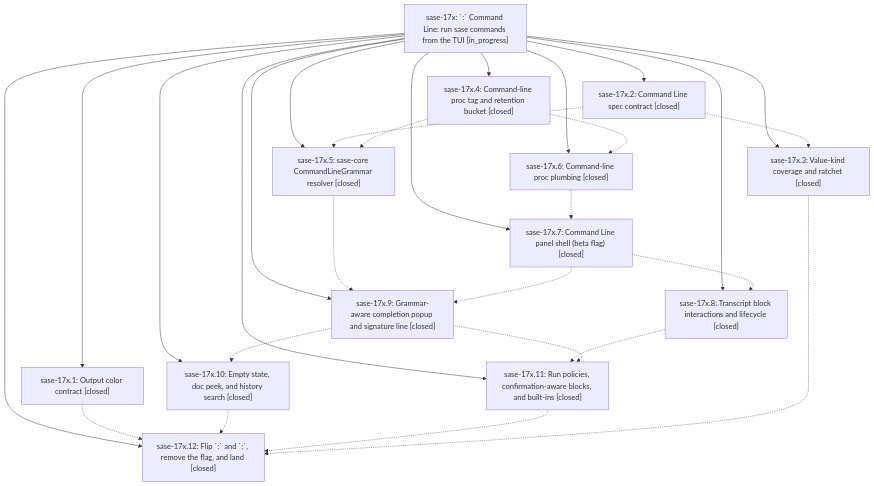
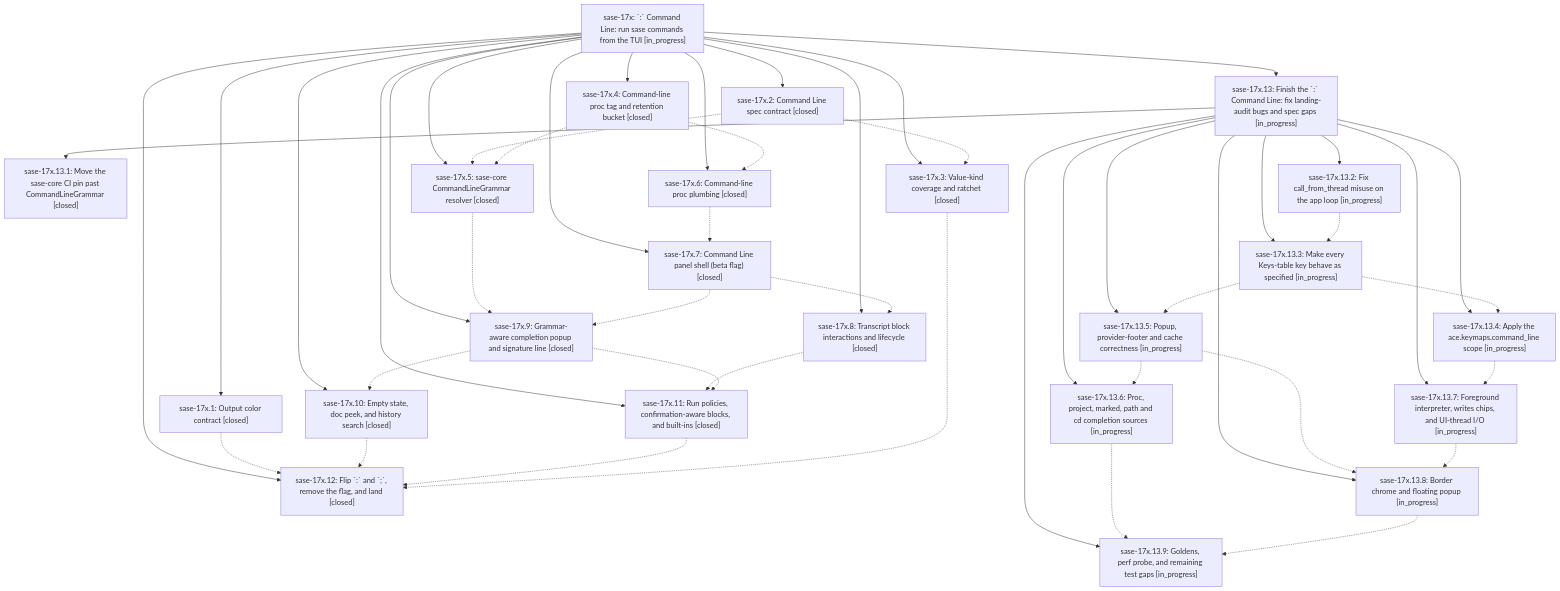
One commit to sase-org/sase--beads changed the diagram in pages/sase-17x/README.md. Above: the diagram before and after it, drawn with Mermaid. The commit also changed other lines of this file and 10 other files, not shown here.

````diff
--- a/pages/sase-17x/README.md
+++ b/pages/sase-17x/README.md
@@ -41,43 +49,72 @@
 ```mermaid
 flowchart TD
     n0["sase-17x: `:` Command Line: run sase commands from the TUI [in_progress]"]
     n1["sase-17x.1: Output color contract [closed]"]
     n2["sase-17x.10: Empty state, doc peek, and history search [closed]"]
     n3["sase-17x.11: Run policies, confirmation-aware blocks, and built-ins [closed]"]
     n4["sase-17x.12: Flip `:` and `;`, remove the flag, and land [closed]"]
-    n5["sase-17x.2: Command Line spec contract [closed]"]
-    n6["sase-17x.3: Value-kind coverage and ratchet [closed]"]
-    n7["sase-17x.4: Command-line proc tag and retention bucket [closed]"]
-    n8["sase-17x.5: sase-core CommandLineGrammar resolver [closed]"]
-    n9["sase-17x.6: Command-line proc plumbing [closed]"]
-    n10["sase-17x.7: Command Line panel shell (beta flag) [closed]"]
-    n11["sase-17x.8: Transcript block interactions and lifecycle [closed]"]
-    n12["sase-17x.9: Grammar-aware completion popup and signature line [closed]"]
+    n5["sase-17x.13: Finish the `:` Command Line: fix landing-audit bugs and spec gaps [in_progress]"]
+    n6["sase-17x.13.1: Move the sase-core CI pin past CommandLineGrammar [closed]"]
+    n7["sase-17x.13.2: Fix call_from_thread misuse on the app loop [in_progress]"]
+    n8["sase-17x.13.3: Make every Keys-table key behave as specified [in_progress]"]
+    n9["sase-17x.13.4: Apply the ace.keymaps.command_line scope [in_progress]"]
+    n10["sase-17x.13.5: Popup, provider-footer and cache correctness [in_progress]"]
+    n11["sase-17x.13.6: Proc, project, marked, path and cd completion sources [in_progress]"]
+    n12["sase-17x.13.7: Foreground interpreter, writes chips, and UI-thread I/O [in_progress]"]
+    n13["sase-17x.13.8: Border chrome and floating popup [in_progress]"]
+    n14["sase-17x.13.9: Goldens, perf probe, and remaining test gaps [in_progress]"]
+    n15["sase-17x.2: Command Line spec contract [closed]"]
+    n16["sase-17x.3: Value-kind coverage and ratchet [closed]"]
+    n17["sase-17x.4: Command-line proc tag and retention bucket [closed]"]
+    n18["sase-17x.5: sase-core CommandLineGrammar resolver [closed]"]
+    n19["sase-17x.6: Command-line proc plumbing [closed]"]
+    n20["sase-17x.7: Command Line panel shell (beta flag) [closed]"]
+    n21["sase-17x.8: Transcript block interactions and lifecycle [closed]"]
+    n22["sase-17x.9: Grammar-aware completion popup and signature line [closed]"]
     n0 --> n1
     n0 --> n2
     n0 --> n3
     n0 --> n4
     n0 --> n5
-    n0 --> n6
-    n0 --> n7
-    n0 --> n8
-    n0 --> n9
-    n0 --> n10
-    n0 --> n11
-    n0 --> n12
+    n5 --> n6
+    n5 --> n7
+    n5 --> n8
+    n5 --> n9
+    n5 --> n10
+    n5 --> n11
+    n5 --> n12
+    n5 --> n13
+    n5 --> n14
+    n0 --> n15
+    n0 --> n16
+    n0 --> n17
+    n0 --> n18
+    n0 --> n19
+    n0 --> n20
+    n0 --> n21
+    n0 --> n22
     n1 -.-> n4
     n2 -.-> n4
     n3 -.-> n4
-    n5 -.-> n6
-    n5 -.-> n8
-    n6 -.-> n4
     n7 -.-> n8
-    n7 -.-> n9
-    n8 -.-> n12
-    n9 -.-> n10
+    n8 -.-> n9
+    n8 -.-> n10
+    n9 -.-> n12
     n10 -.-> n11
-    n10 -.-> n12
-    n11 -.-> n3
-    n12 -.-> n2
-    n12 -.-> n3
+    n10 -.-> n13
+    n11 -.-> n14
+    n12 -.-> n13
+    n13 -.-> n14
+    n15 -.-> n16
+    n15 -.-> n18
+    n16 -.-> n4
+    n17 -.-> n18
+    n17 -.-> n19
+    n18 -.-> n22
+    n19 -.-> n20
+    n20 -.-> n21
+    n20 -.-> n22
+    n21 -.-> n3
+    n22 -.-> n2
+    n22 -.-> n3
 ```
````
